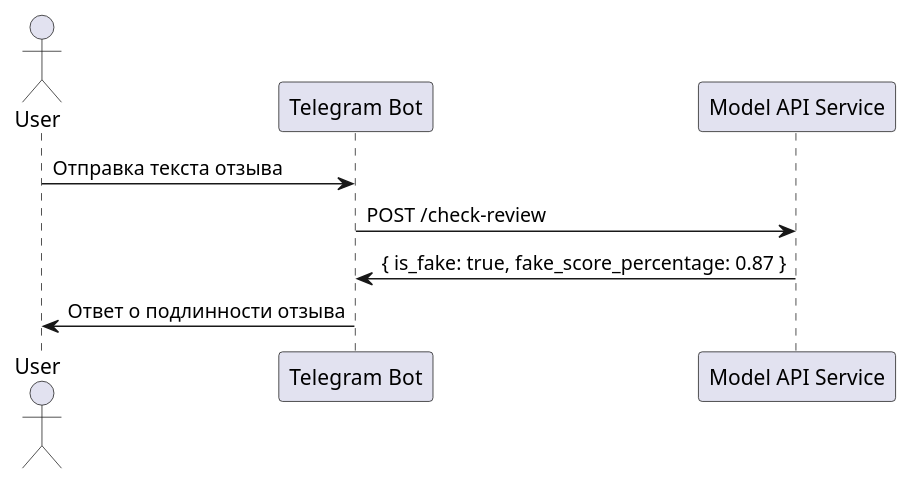
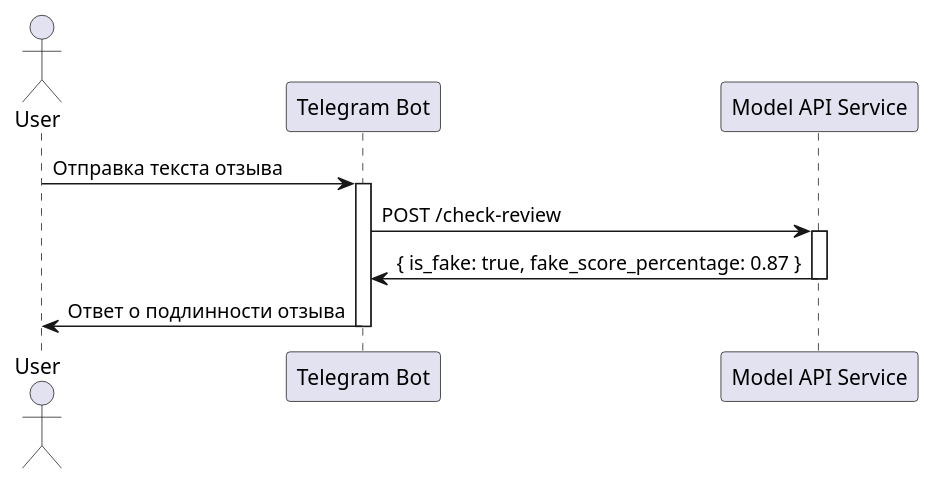
One commit to aplavina/reviewcheckbot changed the diagram in SeqSingleReview.puml. Above: the diagram before and after it, drawn with PlantUML. The commit also changed 3 other files, not shown here.

```diff
--- a/SeqSingleReview.puml
+++ b/SeqSingleReview.puml
@@ -1,11 +1,15 @@
 @startuml
 actor User
 participant "Telegram Bot" as Bot
 participant "Model API Service" as Model
 
 User -> Bot : Отправка текста отзыва
+activate Bot
 Bot -> Model : POST /check-review
+activate Model
 Model -> Bot : { is_fake: true, fake_score_percentage: 0.87 }
+deactivate Model
 Bot -> User : Ответ о подлинности отзыва
+deactivate Bot
 
 @enduml
```
